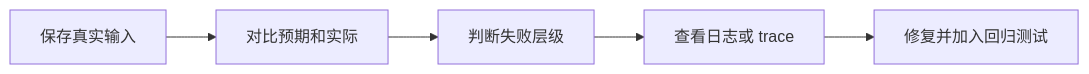
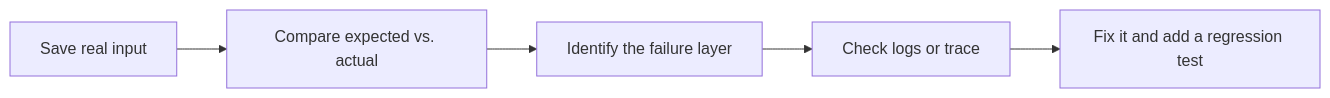
The diagram in docs/intro/ai-failure-samples.md (oudbiao/AI-fullstack-course), drawn with Mermaid before and after one commit. The commit also changed other lines of this file and 1406 other files, not shown here.

````diff
--- a/docs/intro/ai-failure-samples.md
+++ b/docs/intro/ai-failure-samples.md
@@ -16,7 +16,7 @@
 ```mermaid
 flowchart LR
-  A["保存真实输入"] --> B["对比预期和实际"]
-  B --> C["判断失败层级"]
-  C --> D["查看日志或 trace"]
-  D --> E["修复并加入回归测试"]
+  A["Save real input"] --> B["Compare expected vs. actual"]
+  B --> C["Identify the failure layer"]
+  C --> D["Check logs or trace"]
+  D --> E["Fix it and add a regression test"]
 ```
````
